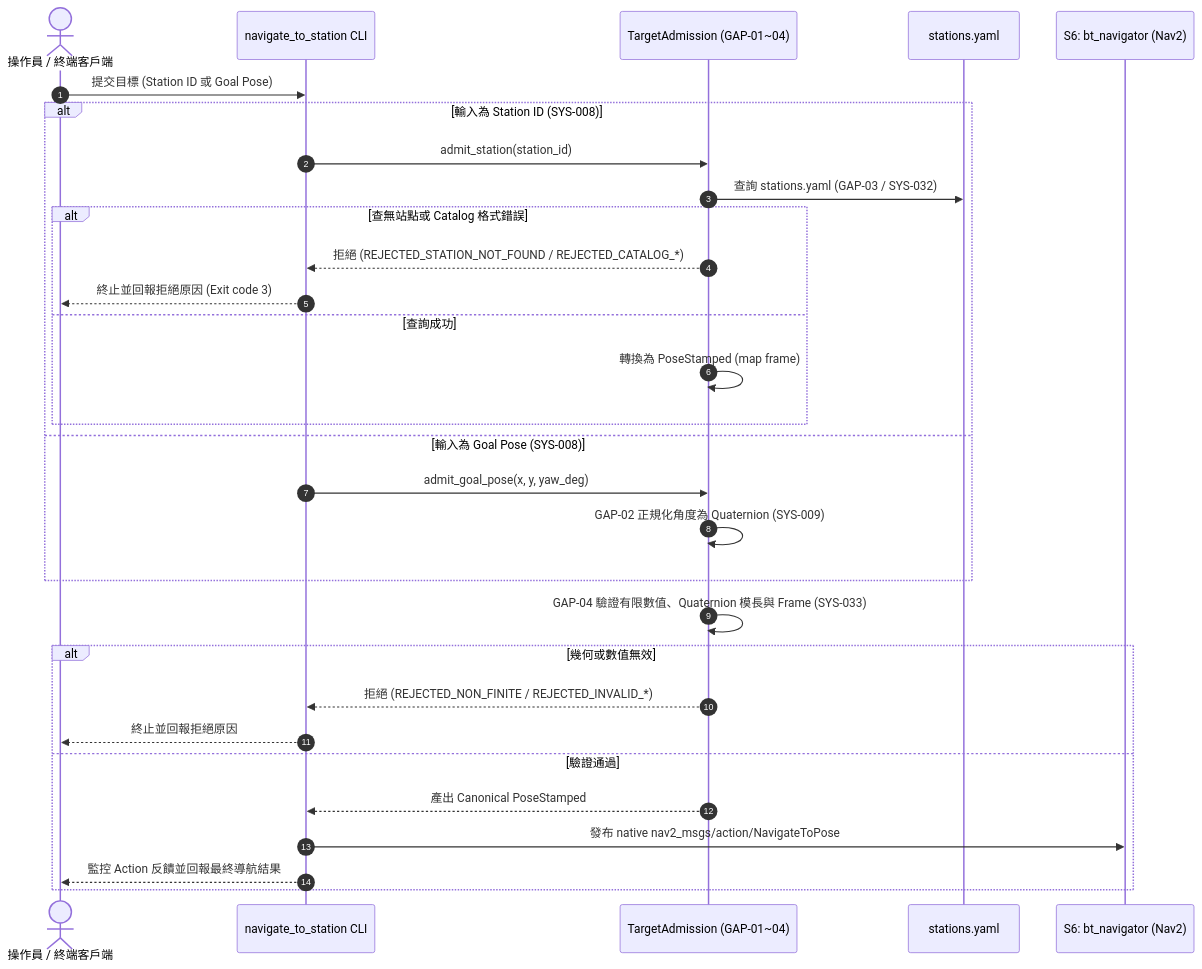
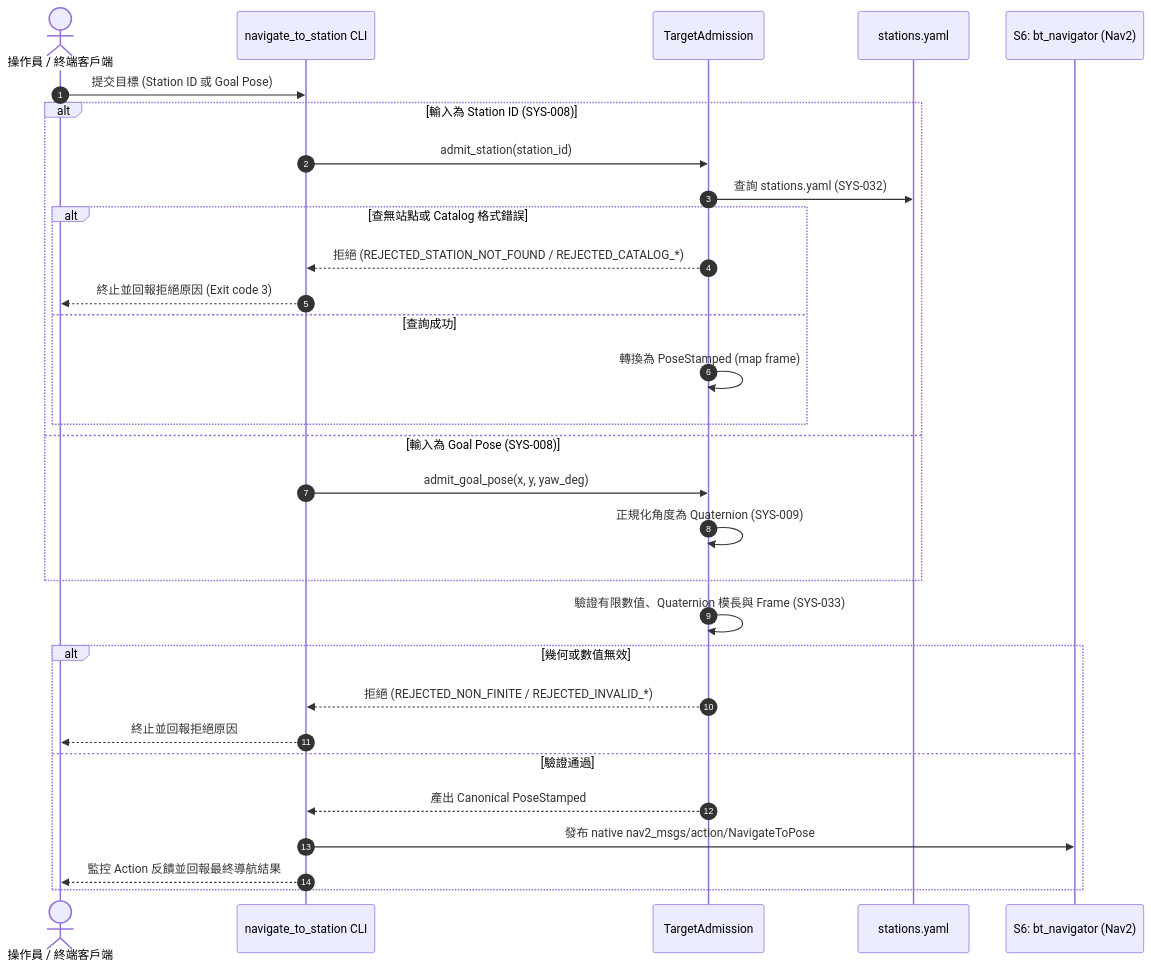
The third of 4 diagrams in docs/04_SYSTEMS.md (monkey30440/mobile_base), drawn with Mermaid before and after one commit. The commit also changed other lines of this file, not shown here.

````diff
--- a/docs/04_SYSTEMS.md
+++ b/docs/04_SYSTEMS.md
@@ -569,34 +567,34 @@
 ```mermaid
 sequenceDiagram
     autonumber
     actor User as 操作員 / 終端客戶端
     participant App as navigate_to_station CLI
-    participant Adm as TargetAdmission (GAP-01~04)
+    participant Adm as TargetAdmission
     participant Catalog as stations.yaml
     participant BT as S6: bt_navigator (Nav2)
 
     User->>App: 提交目標 (Station ID 或 Goal Pose)
     alt 輸入為 Station ID (SYS-008)
         App->>Adm: admit_station(station_id)
-        Adm->>Catalog: 查詢 stations.yaml (GAP-03 / SYS-032)
+        Adm->>Catalog: 查詢 stations.yaml (SYS-032)
         alt 查無站點或 Catalog 格式錯誤
             Adm-->>App: 拒絕 (REJECTED_STATION_NOT_FOUND / REJECTED_CATALOG_*)
             App-->>User: 終止並回報拒絕原因 (Exit code 3)
         else 查詢成功
             Adm->>Adm: 轉換為 PoseStamped (map frame)
         end
     else 輸入為 Goal Pose (SYS-008)
         App->>Adm: admit_goal_pose(x, y, yaw_deg)
-        Adm->>Adm: GAP-02 正規化角度為 Quaternion (SYS-009)
+        Adm->>Adm: 正規化角度為 Quaternion (SYS-009)
     end
 
-    Adm->>Adm: GAP-04 驗證有限數值、Quaternion 模長與 Frame (SYS-033)
+    Adm->>Adm: 驗證有限數值、Quaternion 模長與 Frame (SYS-033)
     alt 幾何或數值無效
         Adm-->>App: 拒絕 (REJECTED_NON_FINITE / REJECTED_INVALID_*)
         App-->>User: 終止並回報拒絕原因
     else 驗證通過
         Adm-->>App: 產出 Canonical PoseStamped
         App->>BT: 發布 native nav2_msgs/action/NavigateToPose
         App-->>User: 監控 Action 反饋並回報最終導航結果
     end
 ```
````
